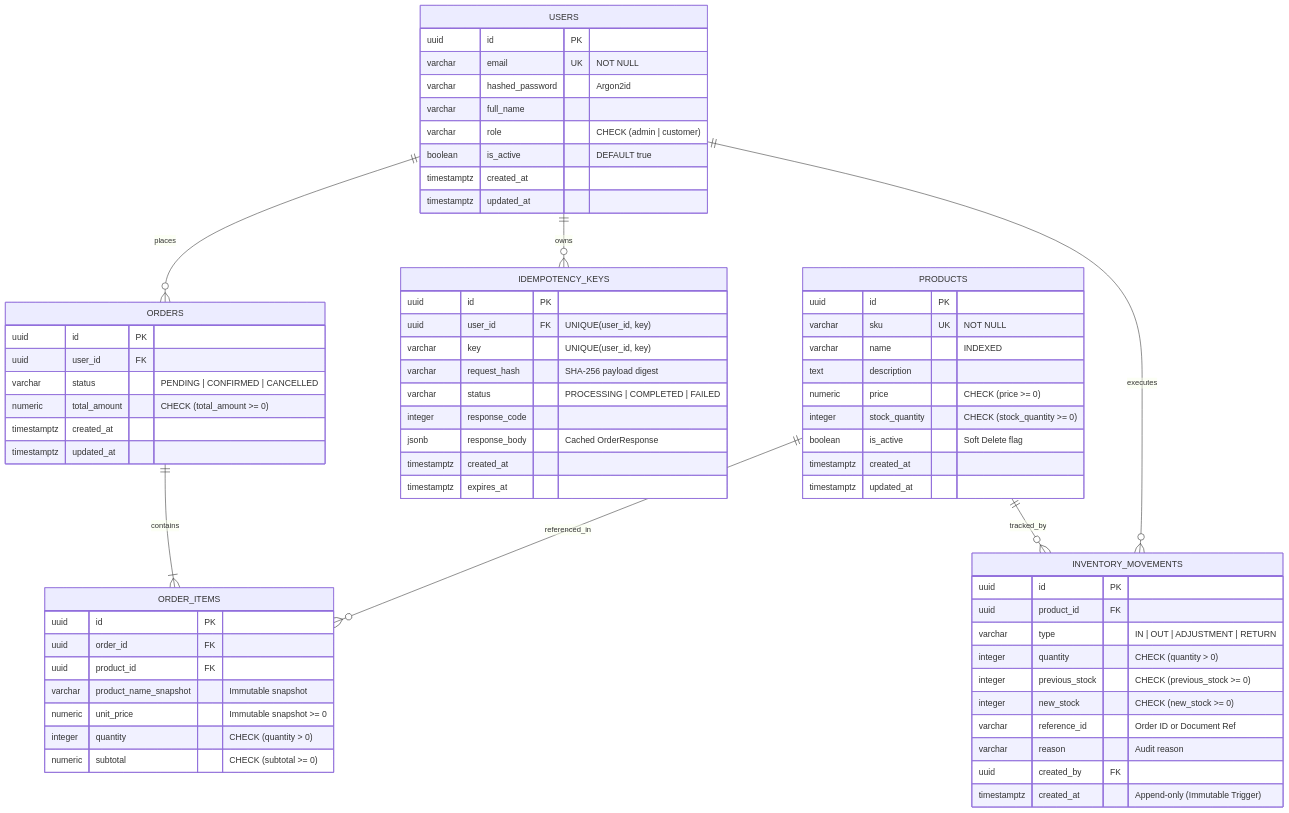
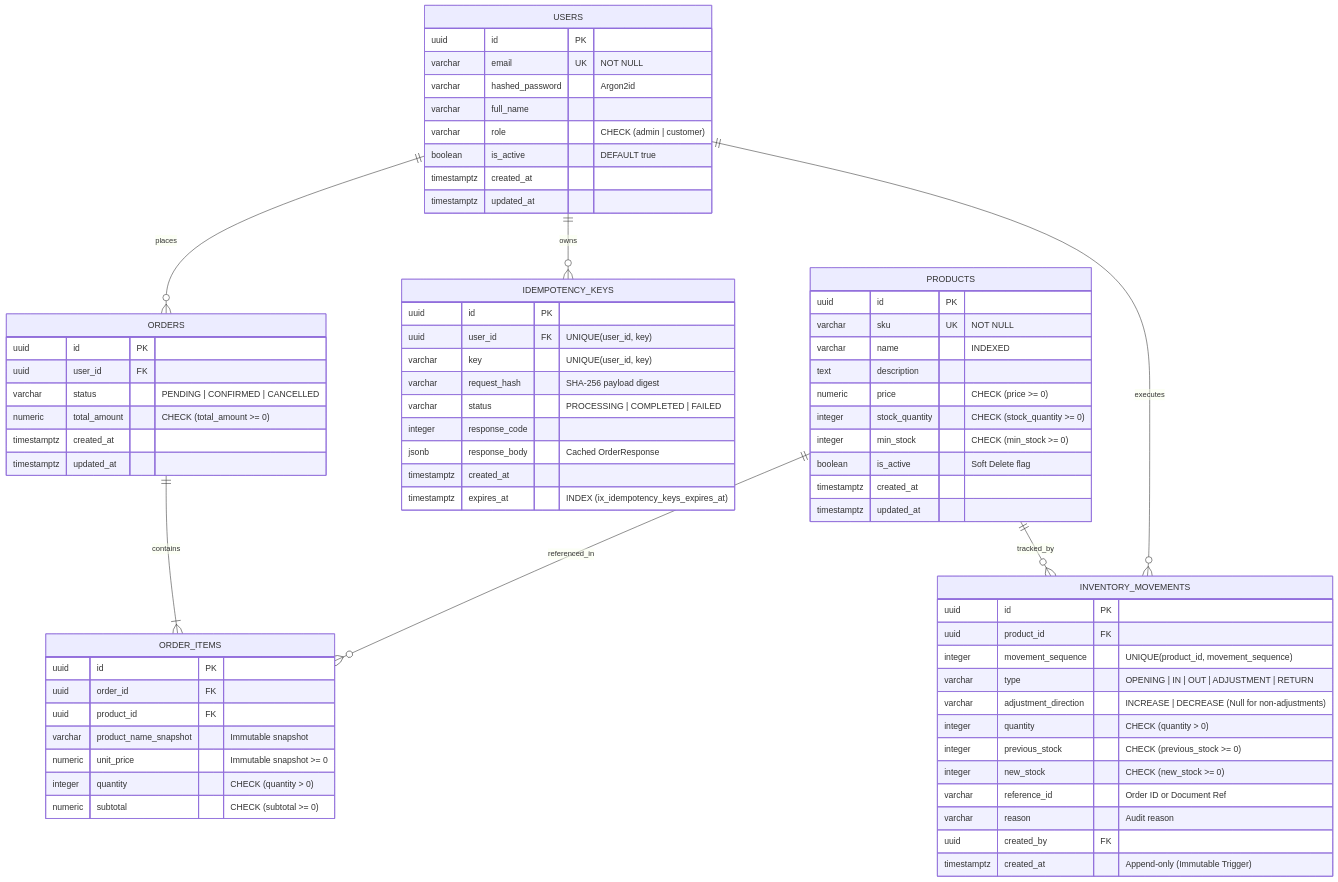
One commit to ledrodh/stockflow-api changed the first of 3 diagrams in README.md. Above: the diagram before and after it, drawn with Mermaid. The commit also changed other lines of this file and 28 other files, not shown here.

````diff
--- a/README.md
+++ b/README.md
@@ -40,76 +40,79 @@
 ```mermaid
 erDiagram
     USERS ||--o{ ORDERS : "places"
     USERS ||--o{ IDEMPOTENCY_KEYS : "owns"
     USERS ||--o{ INVENTORY_MOVEMENTS : "executes"
     PRODUCTS ||--o{ ORDER_ITEMS : "referenced_in"
     PRODUCTS ||--o{ INVENTORY_MOVEMENTS : "tracked_by"
     ORDERS ||--|{ ORDER_ITEMS : "contains"
 
     USERS {
         uuid id PK
         varchar email UK "NOT NULL"
         varchar hashed_password "Argon2id"
         varchar full_name
         varchar role "CHECK (admin | customer)"
         boolean is_active "DEFAULT true"
         timestamptz created_at
         timestamptz updated_at
     }
 
     PRODUCTS {
         uuid id PK
         varchar sku UK "NOT NULL"
         varchar name "INDEXED"
         text description
         numeric price "CHECK (price >= 0)"
         integer stock_quantity "CHECK (stock_quantity >= 0)"
+        integer min_stock "CHECK (min_stock >= 0)"
         boolean is_active "Soft Delete flag"
         timestamptz created_at
         timestamptz updated_at
     }
 
     ORDERS {
         uuid id PK
         uuid user_id FK
         varchar status "PENDING | CONFIRMED | CANCELLED"
         numeric total_amount "CHECK (total_amount >= 0)"
         timestamptz created_at
         timestamptz updated_at
     }
 
     ORDER_ITEMS {
         uuid id PK
         uuid order_id FK
         uuid product_id FK
         varchar product_name_snapshot "Immutable snapshot"
         numeric unit_price "Immutable snapshot >= 0"
         integer quantity "CHECK (quantity > 0)"
         numeric subtotal "CHECK (subtotal >= 0)"
     }
 
     INVENTORY_MOVEMENTS {
         uuid id PK
         uuid product_id FK
-        varchar type "IN | OUT | ADJUSTMENT | RETURN"
+        integer movement_sequence "UNIQUE(product_id, movement_sequence)"
+        varchar type "OPENING | IN | OUT | ADJUSTMENT | RETURN"
+        varchar adjustment_direction "INCREASE | DECREASE (Null for non-adjustments)"
         integer quantity "CHECK (quantity > 0)"
         integer previous_stock "CHECK (previous_stock >= 0)"
         integer new_stock "CHECK (new_stock >= 0)"
         varchar reference_id "Order ID or Document Ref"
         varchar reason "Audit reason"
         uuid created_by FK
         timestamptz created_at "Append-only (Immutable Trigger)"
     }
 
     IDEMPOTENCY_KEYS {
         uuid id PK
         uuid user_id FK "UNIQUE(user_id, key)"
         varchar key "UNIQUE(user_id, key)"
         varchar request_hash "SHA-256 payload digest"
         varchar status "PROCESSING | COMPLETED | FAILED"
         integer response_code
         jsonb response_body "Cached OrderResponse"
         timestamptz created_at
-        timestamptz expires_at
+        timestamptz expires_at "INDEX (ix_idempotency_keys_expires_at)"
     }
 ```
````
